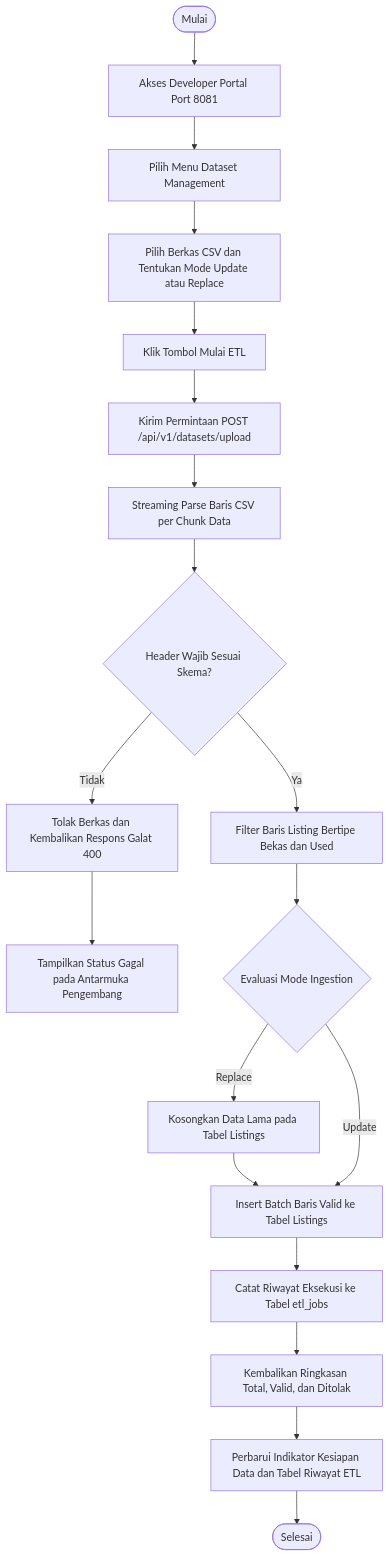
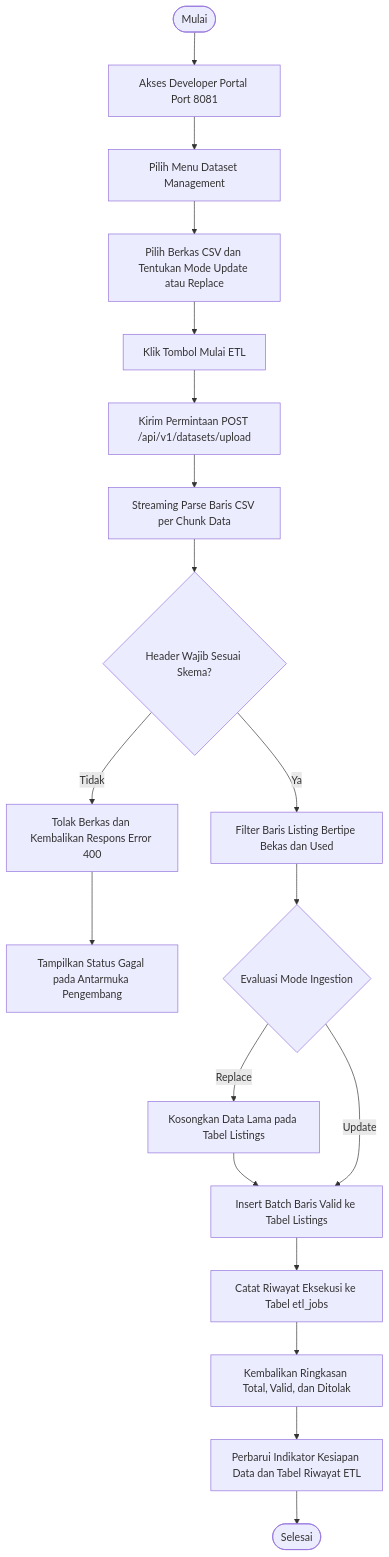
Before and after one commit to RistoKuy/XAI_Car_CP: the ninth of 13 diagrams in README.md, drawn with Mermaid. The commit also changed other lines of this file and 1 other file, not shown here.

Commit message:
docs(terminology): use Error consistently in ETL flow and form state
Aligned the ETL activity diagram wording (Gambar 4.4) and the BAB IV usability
notes with the standard error-notification terminology already used across the
rest of the report.

Changes:
- README.md section 4.1 (ETL activity flowchart): renamed the validation
  rejection node label from 'Respons Galat 400' to 'Respons Error 400' so the
  diagram matches the HTTP error wording used in the API contract and the
  remaining BAB IV text.
- README.md section 4.5.2 (UI usability notes): replaced 'galat' with 'error'
  in the description of form handling states (empty, loading, error) to keep a
  single vocabulary for failure states.
- docs/figures/bab4/gambar-4-4-aktivitas-etl.png: re-rendered the exported
  Mermaid figure so the published asset carries the same label as the Mermaid
  source embedded in README.

Rationale: mixed 'galat'/'error' wording inside one document is a
consistency defect for the report, not a technical change. No code, schema,
endpoint, or configuration behaviour is affected.

````diff
--- a/README.md
+++ b/README.md
@@ -1027,21 +1027,21 @@
 ```mermaid
 flowchart TD
     StartDev([Mulai]) --> OpenDev[Akses Developer Portal Port 8081]
     OpenDev --> SelectMenu[Pilih Menu Dataset Management]
     SelectMenu --> SelectFile[Pilih Berkas CSV dan Tentukan Mode Update atau Replace]
     SelectFile --> ClickUpload[Klik Tombol Mulai ETL]
     ClickUpload --> SendUpload[Kirim Permintaan POST /api/v1/datasets/upload]
     SendUpload --> StreamParse[Streaming Parse Baris CSV per Chunk Data]
     StreamParse --> ValidateHeader{Header Wajib Sesuai Skema?}
-    ValidateHeader -- Tidak --> Reject400[Tolak Berkas dan Kembalikan Respons Galat 400]
+    ValidateHeader -- Tidak --> Reject400[Tolak Berkas dan Kembalikan Respons Error 400]
     Reject400 --> ShowETLError[Tampilkan Status Gagal pada Antarmuka Pengembang]
     ValidateHeader -- Ya --> FilterRows[Filter Baris Listing Bertipe Bekas dan Used]
     FilterRows --> CheckMode{Evaluasi Mode Ingestion}
     CheckMode -- Replace --> TruncateOld[Kosongkan Data Lama pada Tabel Listings]
     TruncateOld --> BatchInsert[Insert Batch Baris Valid ke Tabel Listings]
     CheckMode -- Update --> BatchInsert
     BatchInsert --> RecordLog[Catat Riwayat Eksekusi ke Tabel etl_jobs]
     RecordLog --> ReturnSummary[Kembalikan Ringkasan Total, Valid, dan Ditolak]
     ReturnSummary --> UpdateUI[Perbarui Indikator Kesiapan Data dan Tabel Riwayat ETL]
     UpdateUI --> EndDev([Selesai])
 ```
````
